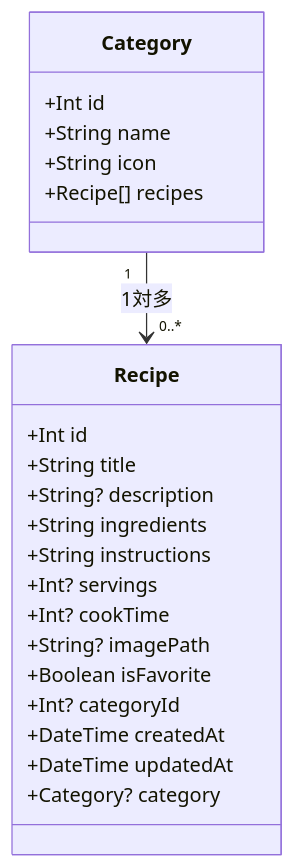
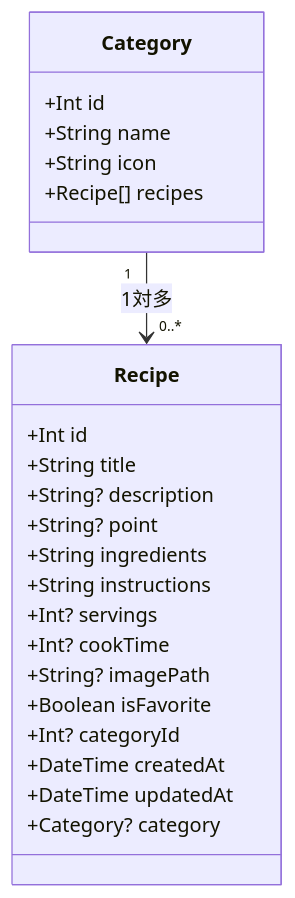
The second of 2 diagrams in docs/DB設計書.md (saki-nakata/RecipeManagement), drawn with Mermaid before and after one commit. The commit also changed other lines of this file and 13 other files, not shown here.

````diff
--- a/docs/DB設計書.md
+++ b/docs/DB設計書.md
@@ -57,27 +59,28 @@
 ```mermaid
 classDiagram
     class Category {
         +Int id
         +String name
         +String icon
         +Recipe[] recipes
     }
 
     class Recipe {
         +Int id
         +String title
         +String? description
+        +String? point
         +String ingredients
         +String instructions
         +Int? servings
         +Int? cookTime
         +String? imagePath
         +Boolean isFavorite
         +Int? categoryId
         +DateTime createdAt
         +DateTime updatedAt
         +Category? category
     }
 
     Category "1" --> "0..*" Recipe : 1対多
 ```
````
